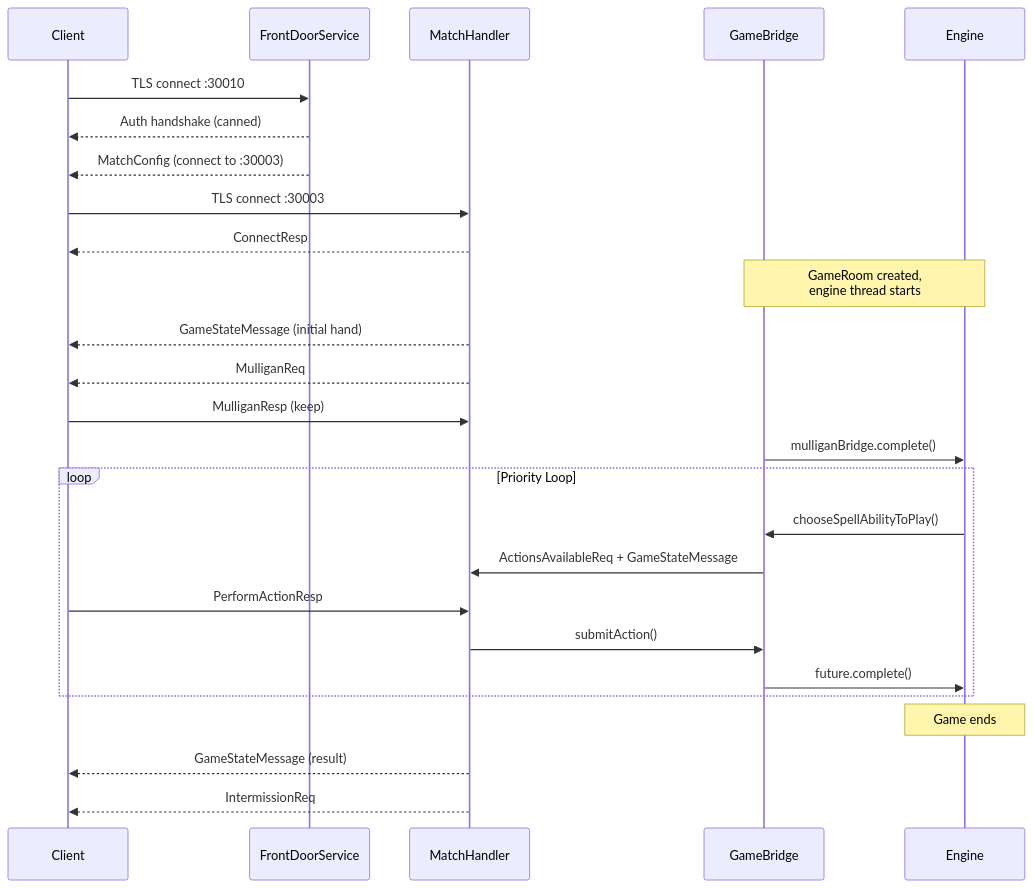
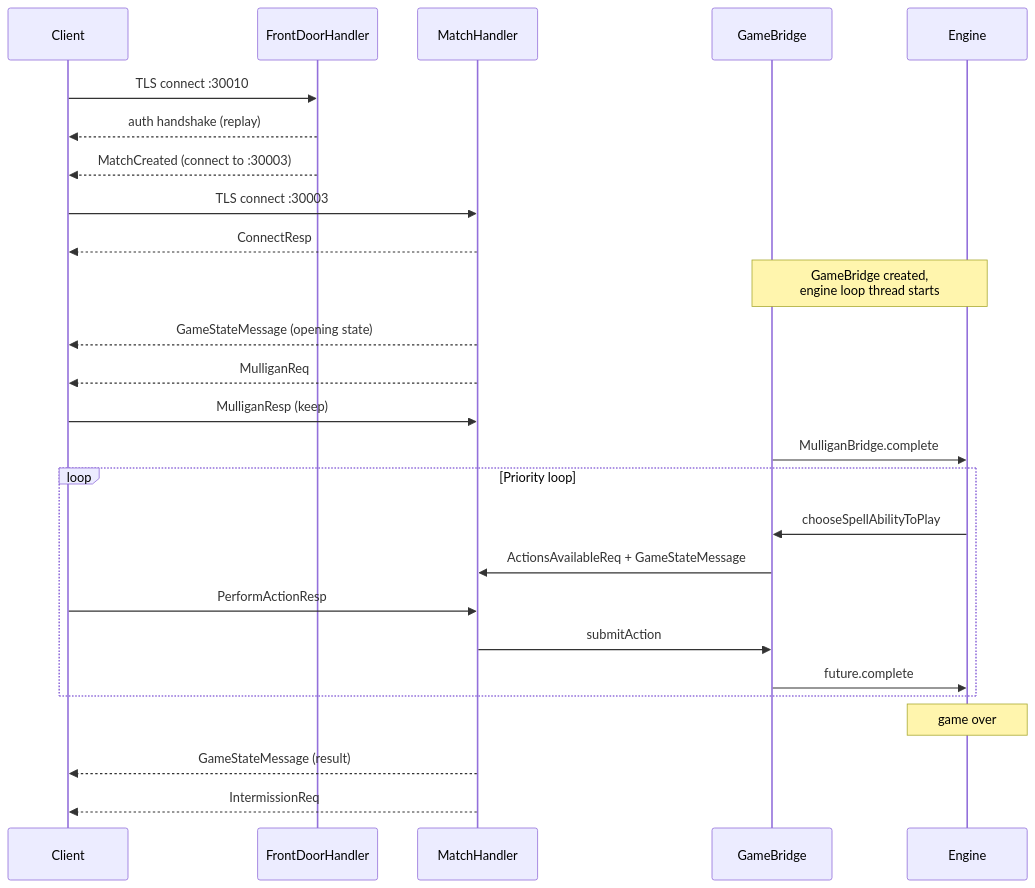
The second of 2 diagrams in docs/architecture.md (delebedev/leyline), drawn with Mermaid before and after one commit. The commit also changed other lines of this file and 7 other files, not shown here.

Commit message:
docs: add bridge-threading and principles; refresh architecture (#12)

````diff
--- a/docs/architecture.md
+++ b/docs/architecture.md
@@ -177,35 +98,35 @@
 ```mermaid
 sequenceDiagram
     participant C as Client
-    participant FD as FrontDoorService
+    participant FD as FrontDoorHandler
     participant MH as MatchHandler
     participant GB as GameBridge
     participant ENG as Engine
 
     C->>FD: TLS connect :30010
-    FD-->>C: Auth handshake (canned)
-    FD-->>C: MatchConfig (connect to :30003)
+    FD-->>C: auth handshake (replay)
+    FD-->>C: MatchCreated (connect to :30003)
 
     C->>MH: TLS connect :30003
     MH-->>C: ConnectResp
 
-    Note over GB,ENG: GameRoom created,<br/>engine thread starts
+    Note over GB,ENG: GameBridge created,<br/>engine loop thread starts
 
-    MH-->>C: GameStateMessage (initial hand)
+    MH-->>C: GameStateMessage (opening state)
     MH-->>C: MulliganReq
 
     C->>MH: MulliganResp (keep)
-    GB->>ENG: mulliganBridge.complete()
+    GB->>ENG: MulliganBridge.complete
 
-    loop Priority Loop
-        ENG->>GB: chooseSpellAbilityToPlay()
+    loop Priority loop
+        ENG->>GB: chooseSpellAbilityToPlay
         GB->>MH: ActionsAvailableReq + GameStateMessage
         C->>MH: PerformActionResp
-        MH->>GB: submitAction()
-        GB->>ENG: future.complete()
+        MH->>GB: submitAction
+        GB->>ENG: future.complete
     end
 
-    Note over ENG: Game ends
+    Note over ENG: game over
     MH-->>C: GameStateMessage (result)
     MH-->>C: IntermissionReq
 ```
````
